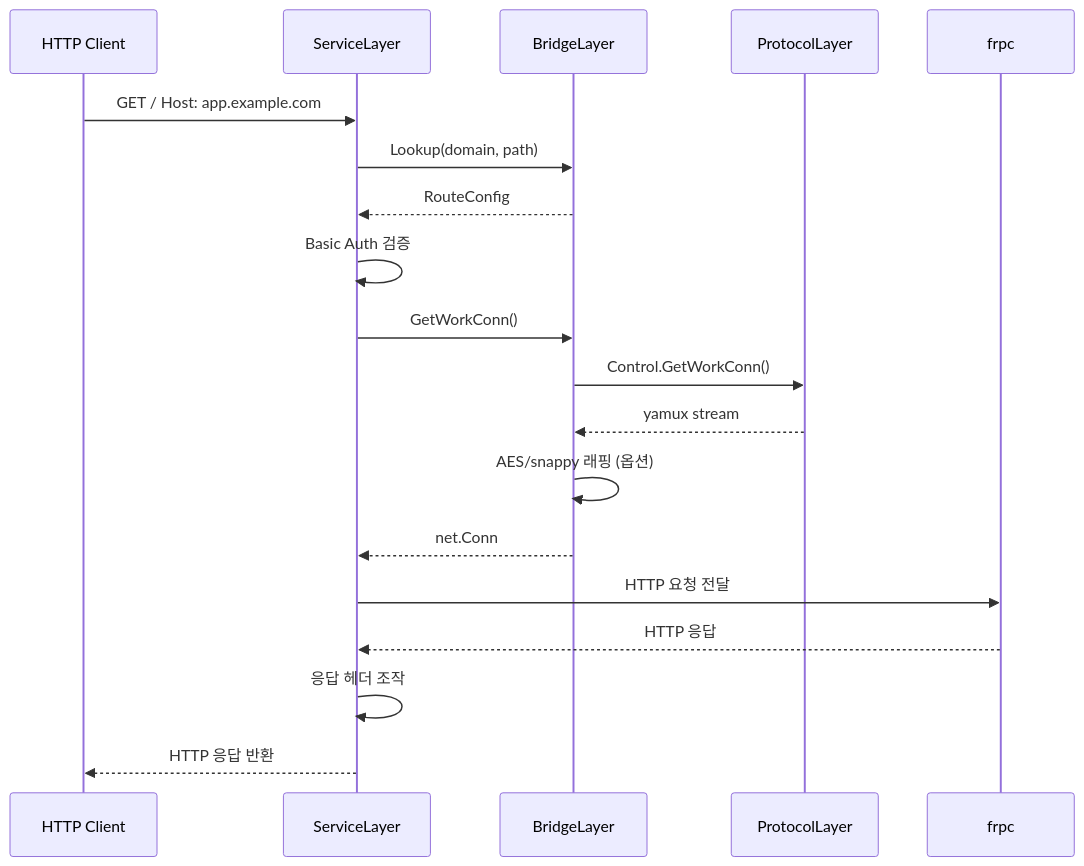
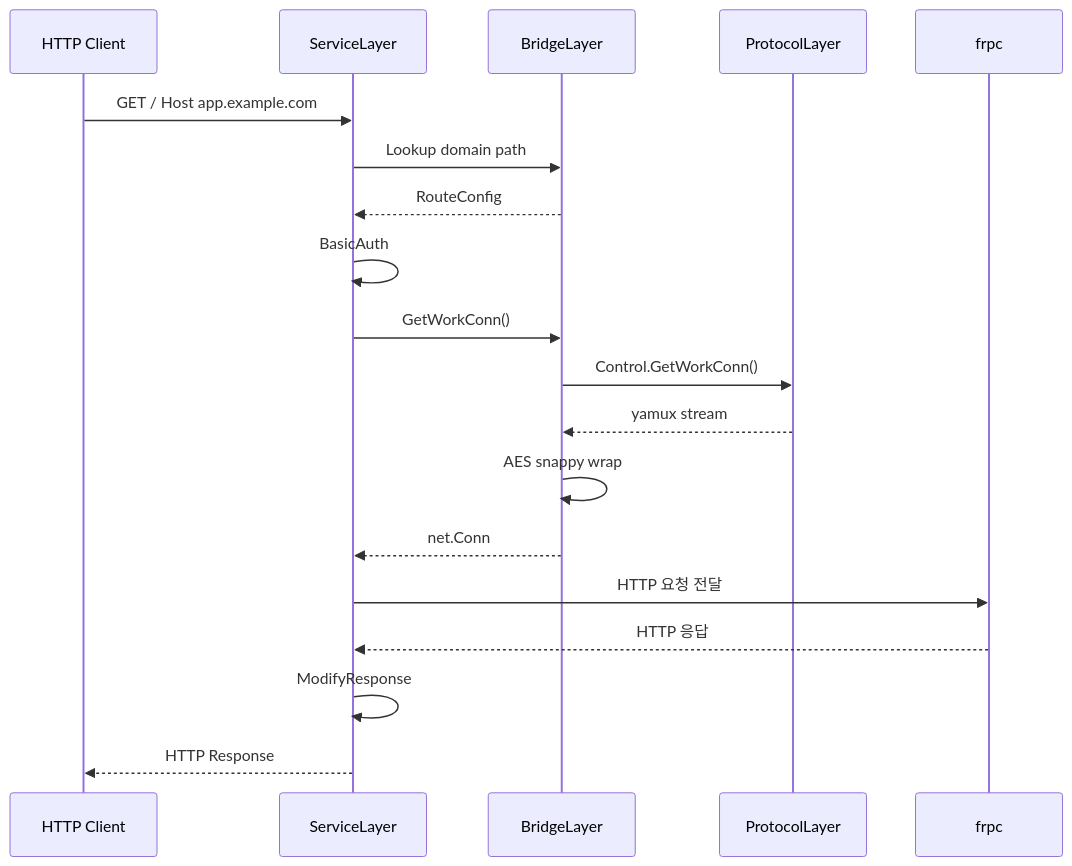
Before and after one commit to cagojeiger/drp: the second of 4 diagrams in docs/architecture/overview.md, drawn with Mermaid. The commit also changed other lines of this file and 2 other files, not shown here.

First line of the commit message:
fix(docs): fix Mermaid syntax for VS Code compatibility

````diff
--- a/docs/architecture/overview.md
+++ b/docs/architecture/overview.md
@@ -43,22 +43,22 @@
 ```mermaid
 sequenceDiagram
     participant C as HTTP Client
     participant S as ServiceLayer
     participant B as BridgeLayer
     participant P as ProtocolLayer
     participant F as frpc
 
-    C->>S: GET / Host: app.example.com
-    S->>B: Lookup(domain, path)
+    C->>S: GET / Host app.example.com
+    S->>B: Lookup domain path
     B-->>S: RouteConfig
-    S->>S: Basic Auth 검증
+    S->>S: BasicAuth
     S->>B: GetWorkConn()
     B->>P: Control.GetWorkConn()
     P-->>B: yamux stream
-    B->>B: AES/snappy 래핑 (옵션)
+    B->>B: AES snappy wrap
     B-->>S: net.Conn
     S->>F: HTTP 요청 전달
     F-->>S: HTTP 응답
-    S->>S: 응답 헤더 조작
-    S-->>C: HTTP 응답 반환
+    S->>S: ModifyResponse
+    S-->>C: HTTP Response
 ```
````
